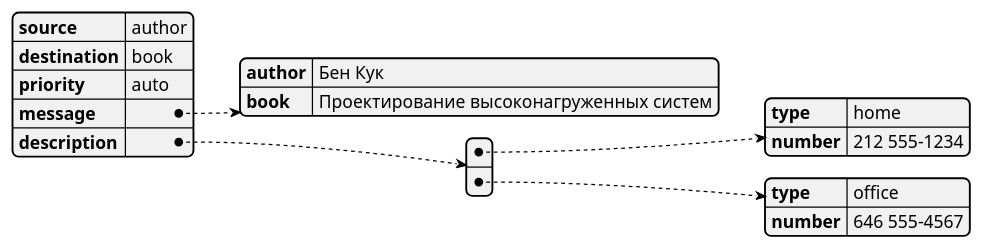
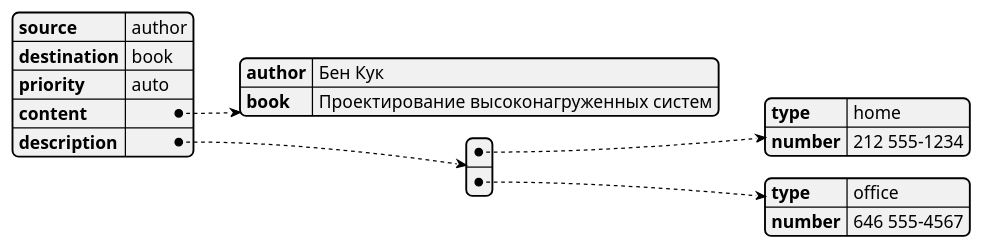
One commit to v5v5/MessageDispatcher changed the diagram in requirements/message-format.pu. Above: the diagram before and after it, drawn with PlantUML. The commit also changed 55 other files, not shown here.

```diff
--- a/requirements/message-format.pu
+++ b/requirements/message-format.pu
@@ -1,21 +1,21 @@
 @startjson
 {
   "source": "author",
   "destination": "book",
   "priority": "auto",
-  "message": {
+  "content": {
     "author": "Бен Кук",
     "book": "Проектирование высоконагруженных систем"
   },
   "description": [
     {
       "type": "home",
       "number": "212 555-1234"
     },
     {
       "type": "office",
       "number": "646 555-4567"
     }
   ]
 }
 @endjson
```
